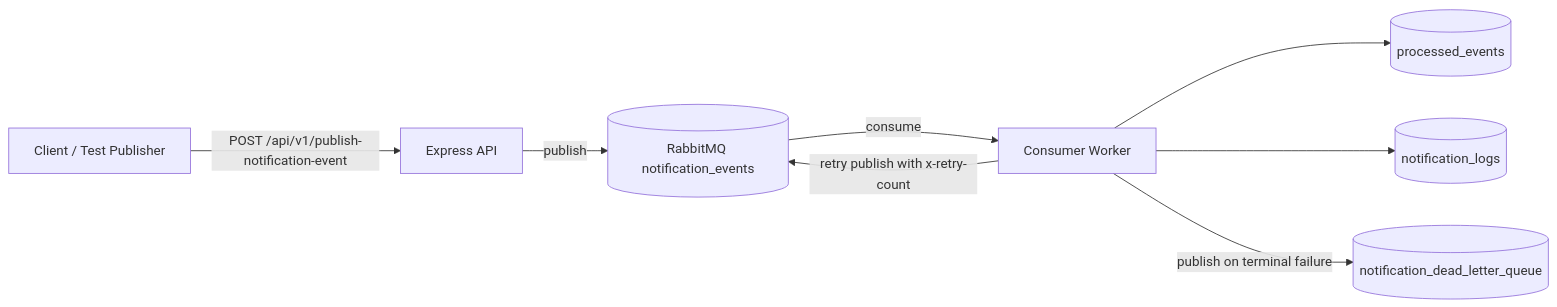
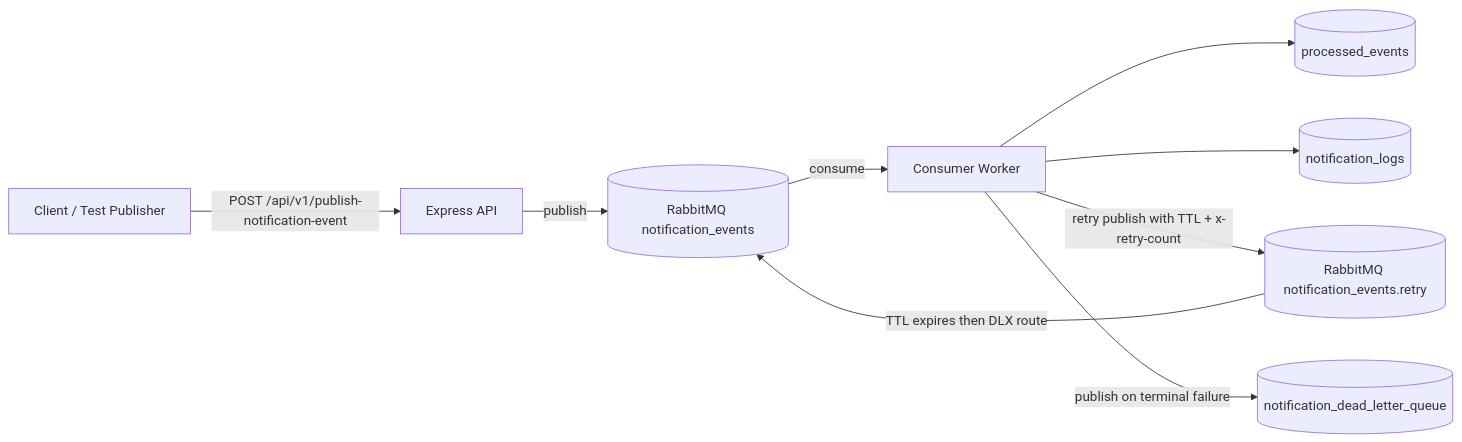
One commit to ramalokeshreddyp/NotifyNexus changed the first of 2 diagrams in architecture.md. Above: the diagram before and after it, drawn with Mermaid. The commit also changed other lines of this file and 10 other files, not shown here.

````diff
--- a/architecture.md
+++ b/architecture.md
@@ -13,10 +13,11 @@
 ```mermaid
 flowchart LR
     C[Client / Test Publisher] -->|POST /api/v1/publish-notification-event| API[Express API]
     API -->|publish| Q[(RabbitMQ notification_events)]
     Q -->|consume| CON[Consumer Worker]
     CON --> IDEM[(processed_events)]
     CON --> LOGS[(notification_logs)]
-    CON -->|retry publish with x-retry-count| Q
+    CON -->|retry publish with TTL + x-retry-count| RQ[(RabbitMQ notification_events.retry)]
+    RQ -->|TTL expires then DLX route| Q
     CON -->|publish on terminal failure| DLQ[(notification_dead_letter_queue)]
 ```
````
